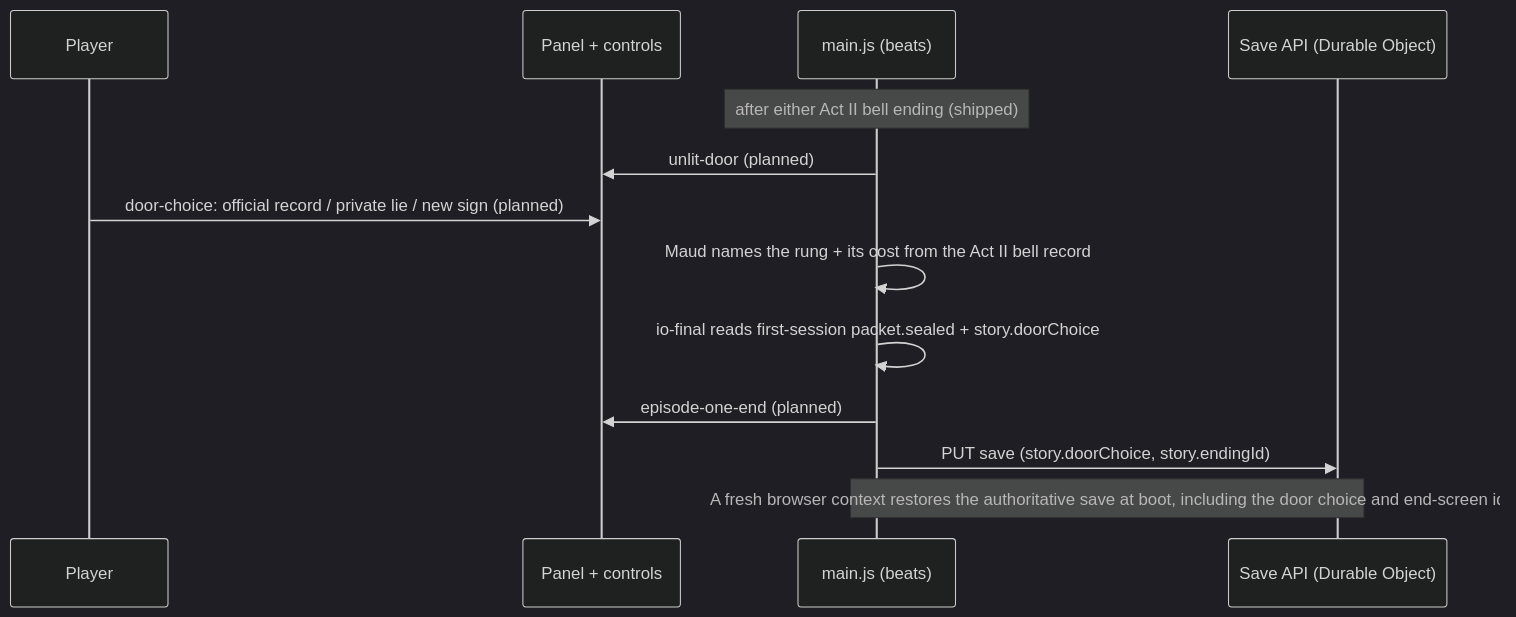
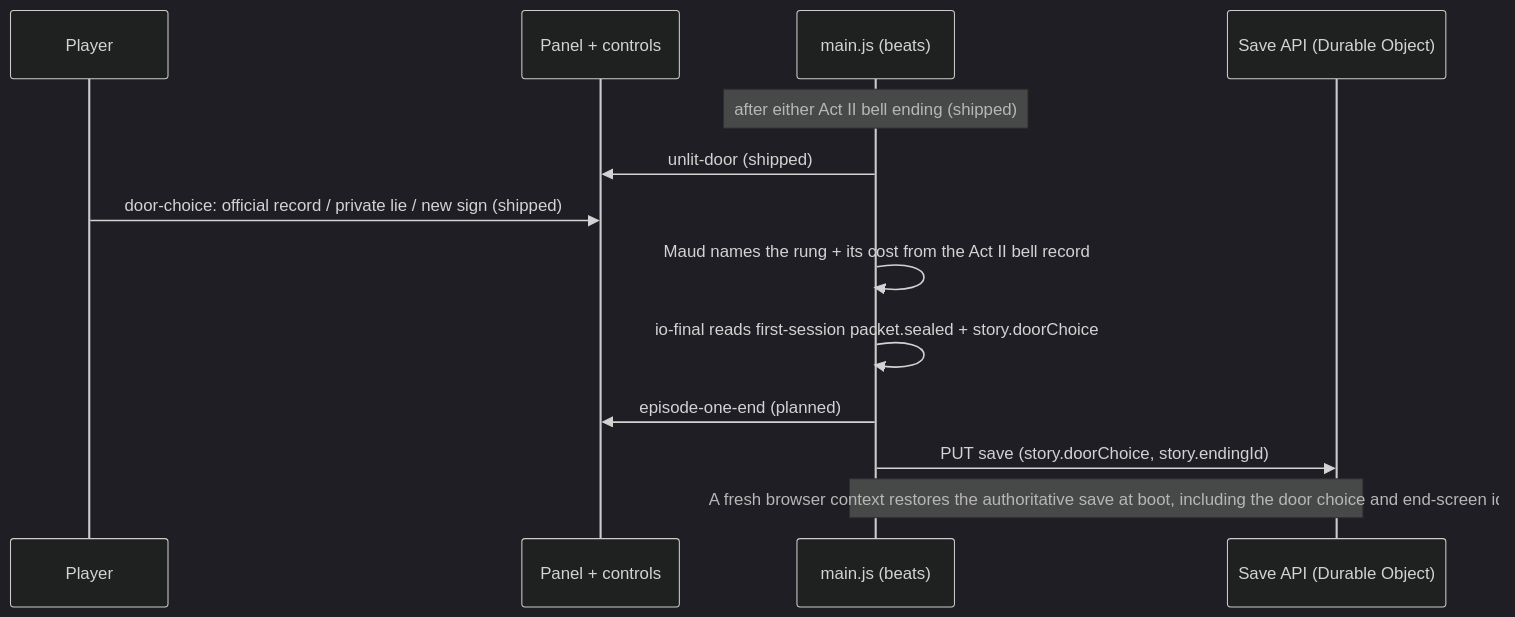
Before and after one commit to phynars/oodim-game: the fifth of 6 diagrams in docs/plan/architecture/README.md, drawn with Mermaid (dark theme). The commit also changed other lines of this file and 4 other files, not shown here.

First line of the commit message:
fix: at the Unlit Door a player hears Maud name the rung record and pi (#2877)

````diff
--- a/docs/plan/architecture/README.md
+++ b/docs/plan/architecture/README.md
@@ -270,16 +270,16 @@
 ```mermaid
 sequenceDiagram
   participant P as Player
   participant UI as Panel + controls
   participant G as main.js (beats)
   participant S as Save API (Durable Object)
 
   Note over G: after either Act II bell ending (shipped)
-  G->>UI: unlit-door (planned)
-  P->>UI: door-choice: official record / private lie / new sign (planned)
+  G->>UI: unlit-door (shipped)
+  P->>UI: door-choice: official record / private lie / new sign (shipped)
   G->>G: Maud names the rung + its cost from the Act II bell record
   G->>G: io-final reads first-session packet.sealed + story.doorChoice
   G->>UI: episode-one-end (planned)
   G->>S: PUT save (story.doorChoice, story.endingId)
   Note over G,S: A fresh browser context restores the authoritative save at boot, including the door choice and end-screen id
 ```
````
